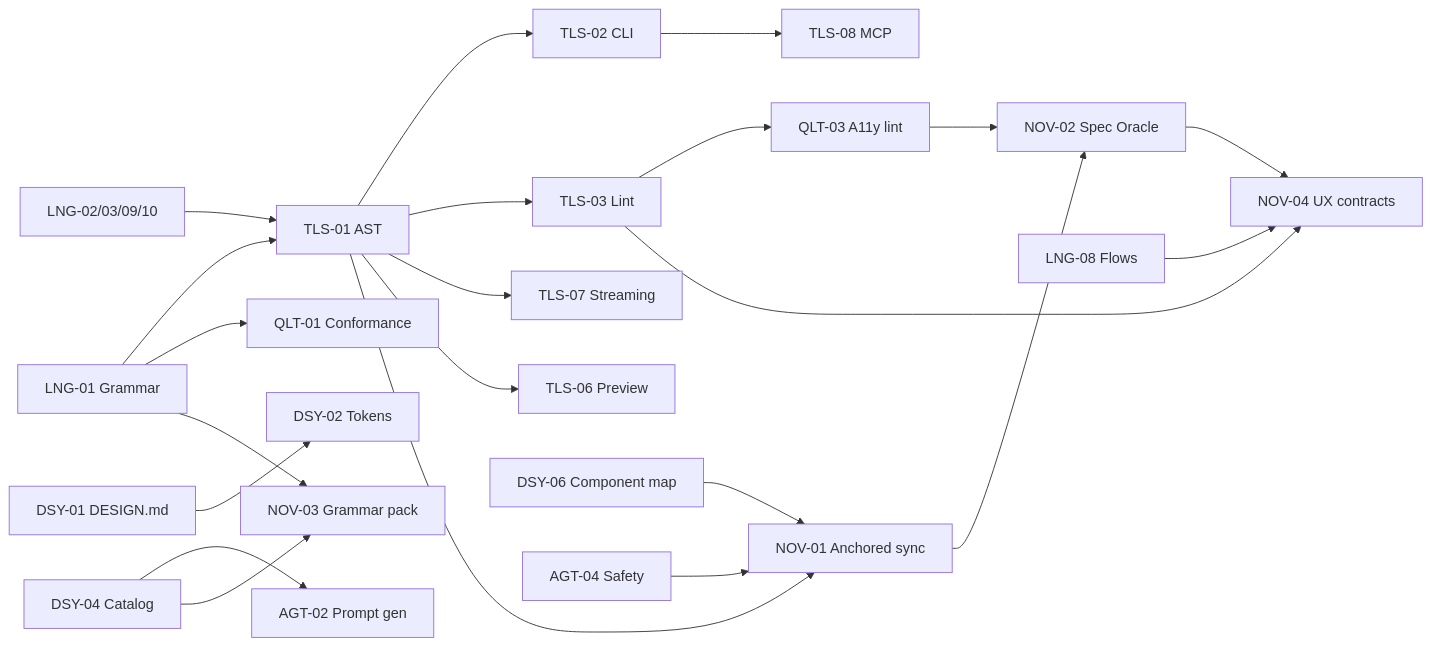
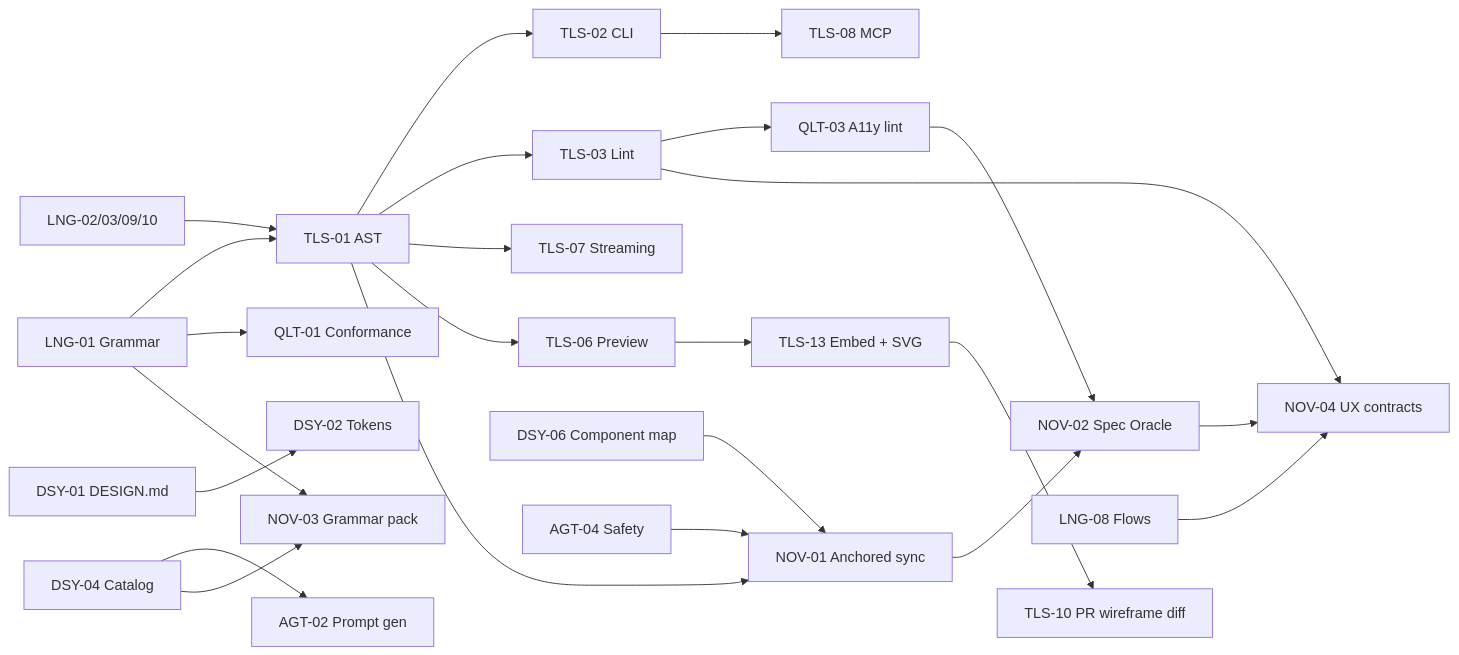
Before and after one commit to dubzrn/markdown-ui-dsl: the diagram in docs/FEATURE_ADDITIONS.md, drawn with Mermaid. The commit also changed other lines of this file and 4 other files, not shown here.

````diff
--- a/docs/FEATURE_ADDITIONS.md
+++ b/docs/FEATURE_ADDITIONS.md
@@ -114,24 +115,26 @@
 ```mermaid
 graph LR
   LNG01[LNG-01 Grammar] --> TLS01[TLS-01 AST]
   LNG02[LNG-02/03/09/10] --> TLS01
   TLS01 --> TLS02[TLS-02 CLI]
   TLS01 --> TLS03[TLS-03 Lint]
   TLS01 --> TLS07[TLS-07 Streaming]
   TLS01 --> TLS06[TLS-06 Preview]
+  TLS06 --> TLS13[TLS-13 Embed + SVG]
+  TLS13 --> TLS10[TLS-10 PR wireframe diff]
   LNG01 --> QLT01[QLT-01 Conformance]
   TLS03 --> QLT03[QLT-03 A11y lint]
   DSY01[DSY-01 DESIGN.md] --> DSY02[DSY-02 Tokens]
   DSY04[DSY-04 Catalog] --> AGT02[AGT-02 Prompt gen]
   DSY04 --> NOV03[NOV-03 Grammar pack]
   LNG01 --> NOV03
   DSY06[DSY-06 Component map] --> NOV01[NOV-01 Anchored sync]
   TLS01 --> NOV01
   QLT03 --> NOV02[NOV-02 Spec Oracle]
   NOV01 --> NOV02
   LNG08[LNG-08 Flows] --> NOV04[NOV-04 UX contracts]
   NOV02 --> NOV04
   TLS03 --> NOV04
   TLS02 --> TLS08[TLS-08 MCP]
   AGT04[AGT-04 Safety] --> NOV01
 ```
````
